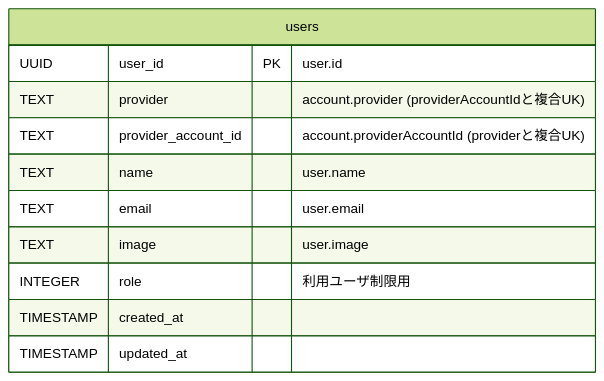
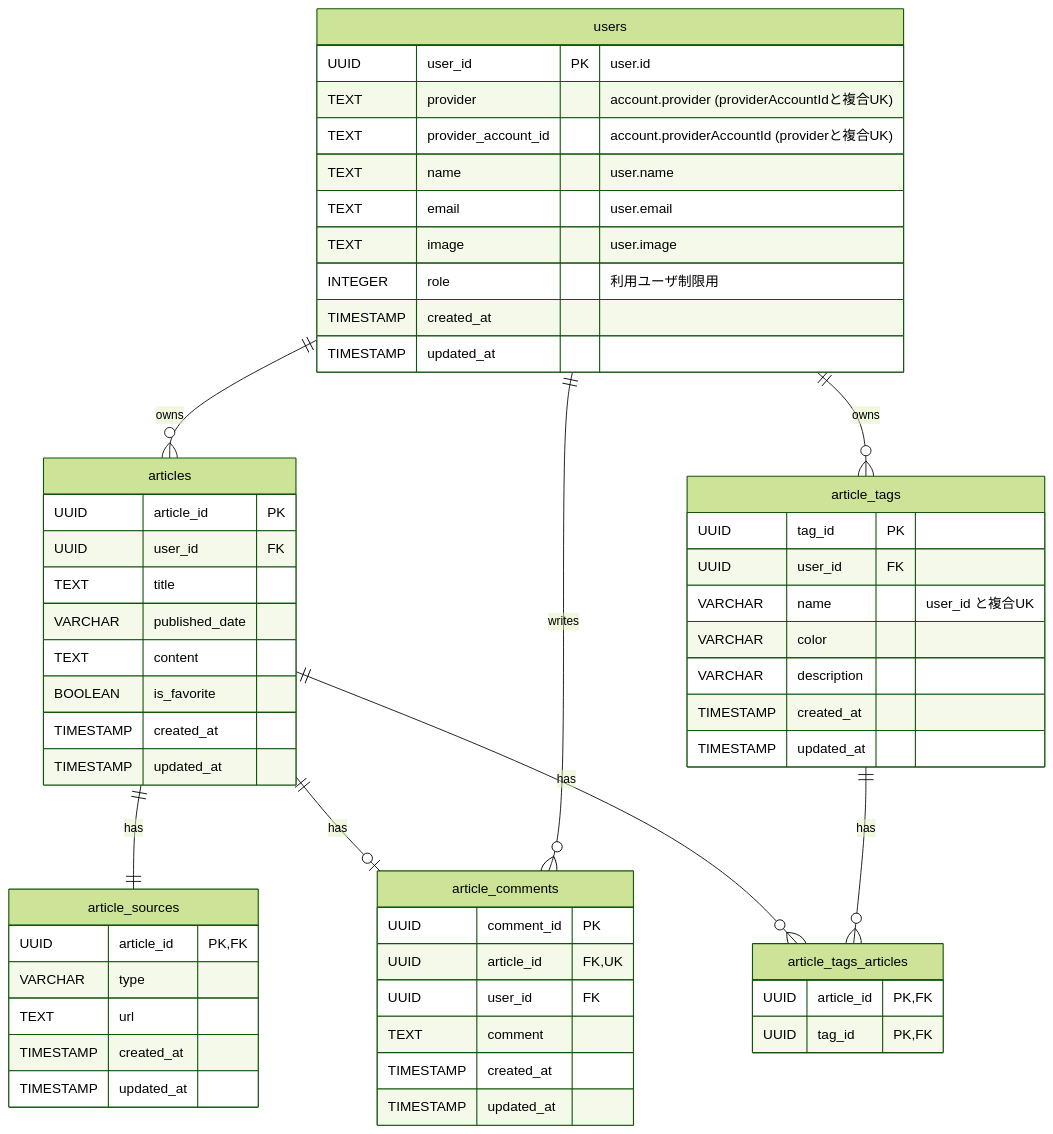
Before and after one commit to 2-yudetama/article-freezer: the diagram in docs/er.md, drawn with Mermaid (forest theme). The commit also changed 2 other files, not shown here.

Commit message:
🗃️ 記事に関するドメインモデルのDB設計を追加 (#26)

````diff
--- a/docs/er.md
+++ b/docs/er.md
@@ -1,14 +1,65 @@
 ```mermaid
 erDiagram
     users {
         UUID user_id PK "user.id"
         TEXT provider "account.provider (providerAccountIdと複合UK)"
         TEXT provider_account_id "account.providerAccountId (providerと複合UK)"
         TEXT name "user.name"
         TEXT email "user.email"
         TEXT image "user.image"
         INTEGER role "利用ユーザ制限用"
         TIMESTAMP created_at
         TIMESTAMP updated_at
     }
+
+    articles {
+        UUID article_id PK
+        UUID user_id FK
+        TEXT title
+        VARCHAR published_date
+        TEXT content
+        BOOLEAN is_favorite
+        TIMESTAMP created_at
+        TIMESTAMP updated_at
+    }
+
+    article_sources {
+        UUID article_id PK, FK
+        VARCHAR type
+        TEXT url
+        TIMESTAMP created_at
+        TIMESTAMP updated_at
+    }
+
+    article_comments {
+        UUID comment_id PK
+        UUID article_id FK, UK
+        UUID user_id FK
+        TEXT comment
+        TIMESTAMP created_at
+        TIMESTAMP updated_at
+    }
+
+    article_tags {
+        UUID tag_id PK
+        UUID user_id FK
+        VARCHAR name "user_id と複合UK"
+        VARCHAR color
+        VARCHAR description
+        TIMESTAMP created_at
+        TIMESTAMP updated_at
+    }
+
+    article_tags_articles {
+        UUID article_id PK, FK
+        UUID tag_id PK, FK
+    }
+
+    users ||--o{ articles : owns
+    articles ||--|| article_sources : has
+    articles ||--o| article_comments : has
+    users ||--o{ article_comments : writes
+    users ||--o{ article_tags : owns
+    articles ||--o{ article_tags_articles : has
+    article_tags ||--o{ article_tags_articles : has
 ```
````
